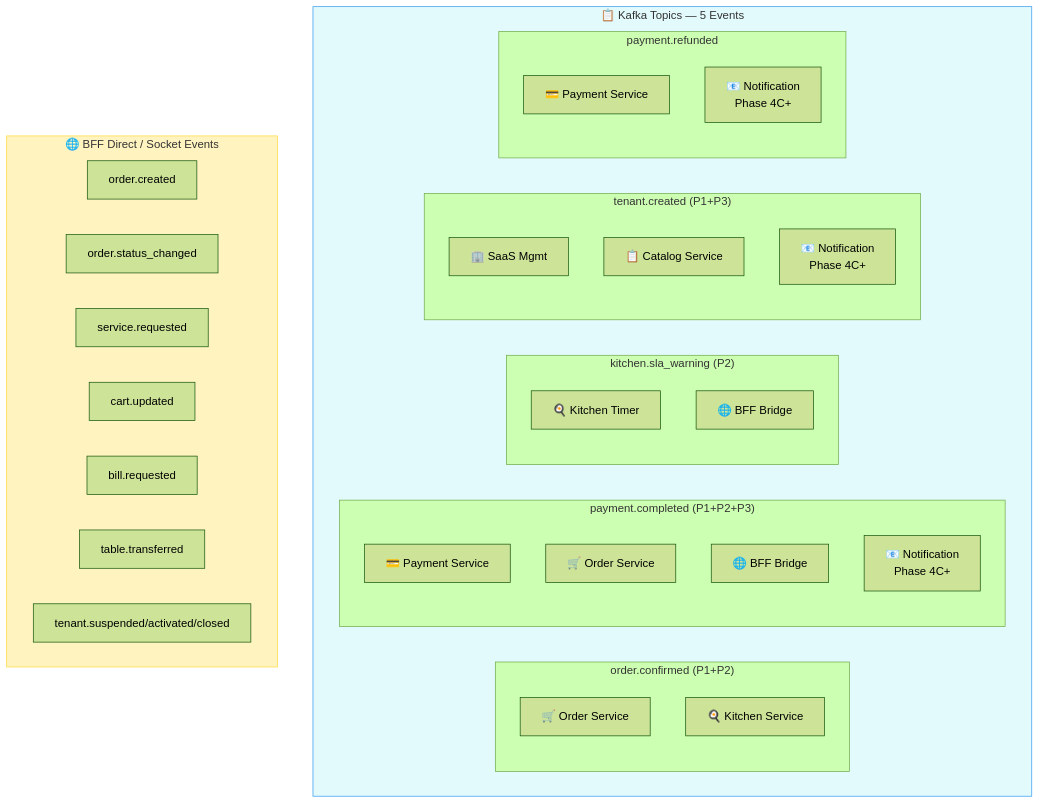
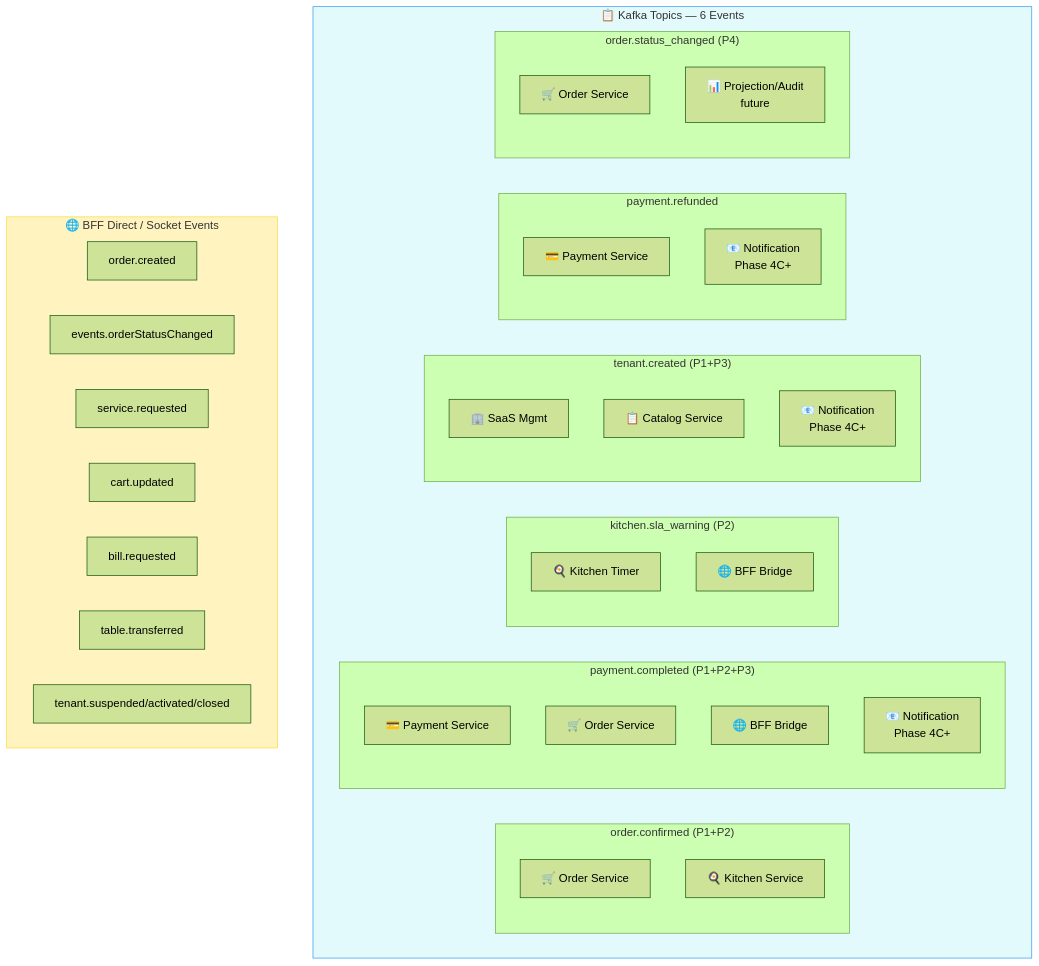
Diagram 27 of 38 in docs/guides/kafka-qrtable.md (quan-vo-dinh/saas-pos-microservices-qrtable), drawn with Mermaid (forest theme) before and after one commit. The commit also changed other lines of this file and 13 other files, not shown here.

Commit message:
docs: update refactor architecture notes

````diff
--- a/docs/guides/kafka-qrtable.md
+++ b/docs/guides/kafka-qrtable.md
@@ -1230,41 +1230,45 @@
 ```mermaid
 graph TB
-    subgraph KAFKA_EVENTS["📋 Kafka Topics — 5 Events"]
+    subgraph KAFKA_EVENTS["📋 Kafka Topics — 6 Events"]
         subgraph T1["order.confirmed (P1+P2)"]
             T1_PROD["🛒 Order Service"]
             T1_CONS1["🍳 Kitchen Service"]
         end
         subgraph T2["payment.completed (P1+P2+P3)"]
             T2_PROD["💳 Payment Service"]
             T2_CONS1["🛒 Order Service"]
             T2_CONS2["🌐 BFF Bridge"]
             T2_CONS3["📧 Notification<br/>Phase 4C+"]
         end
         subgraph T3["kitchen.sla_warning (P2)"]
             T3_PROD["🍳 Kitchen Timer"]
             T3_CONS1["🌐 BFF Bridge"]
         end
         subgraph T4["tenant.created (P1+P3)"]
             T4_PROD["🏢 SaaS Mgmt"]
             T4_CONS1["📋 Catalog Service"]
             T4_CONS2["📧 Notification<br/>Phase 4C+"]
         end
         subgraph T5["payment.refunded"]
             T5_PROD["💳 Payment Service"]
             T5_CONS1["📧 Notification<br/>Phase 4C+"]
         end
+        subgraph T6["order.status_changed (P4)"]
+            T6_PROD["🛒 Order Service"]
+            T6_CONS1["📊 Projection/Audit<br/>future"]
+        end
     end
 
     subgraph BFF_EVENTS["🌐 BFF Direct / Socket Events"]
         BE1["order.created"]
-        BE2["order.status_changed"]
+        BE2["events.orderStatusChanged"]
         BE3["service.requested"]
         BE4["cart.updated"]
         BE5["bill.requested"]
         BE6["table.transferred"]
         BE7["tenant.suspended/activated/closed"]
     end
 
     style KAFKA_EVENTS fill:#e3fafc,stroke:#339af0
     style BFF_EVENTS fill:#fff3bf,stroke:#ffd93d
 ```
````
